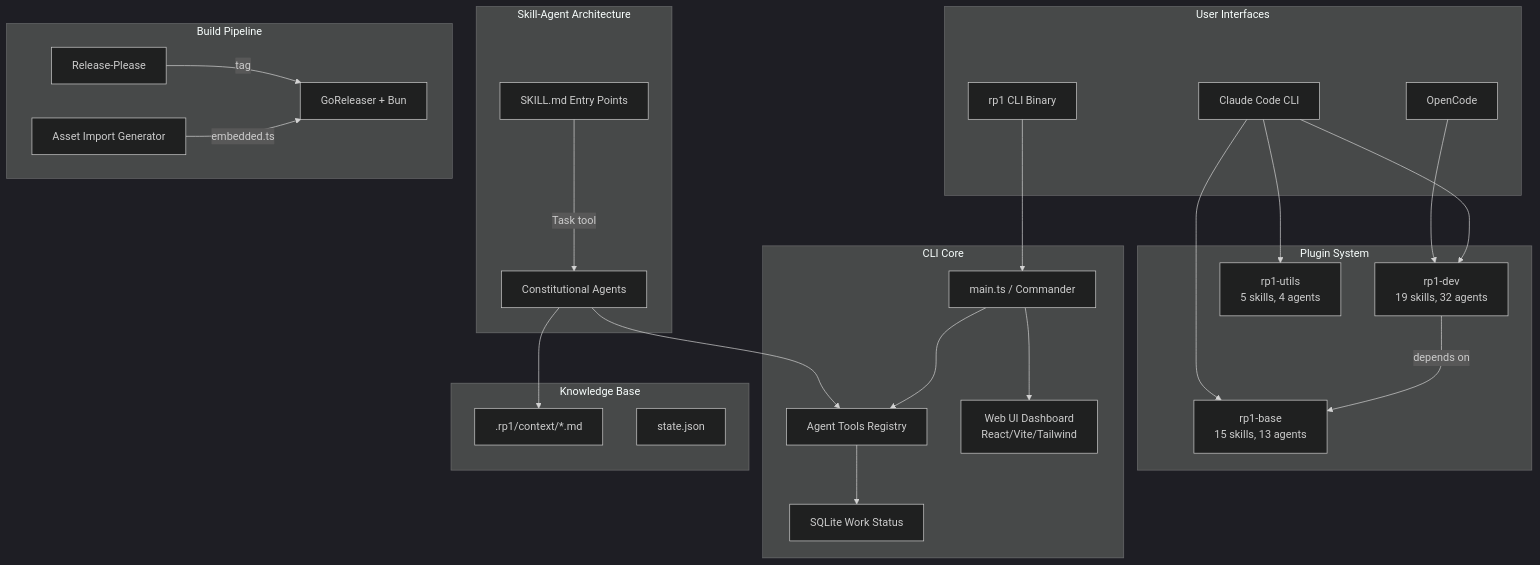
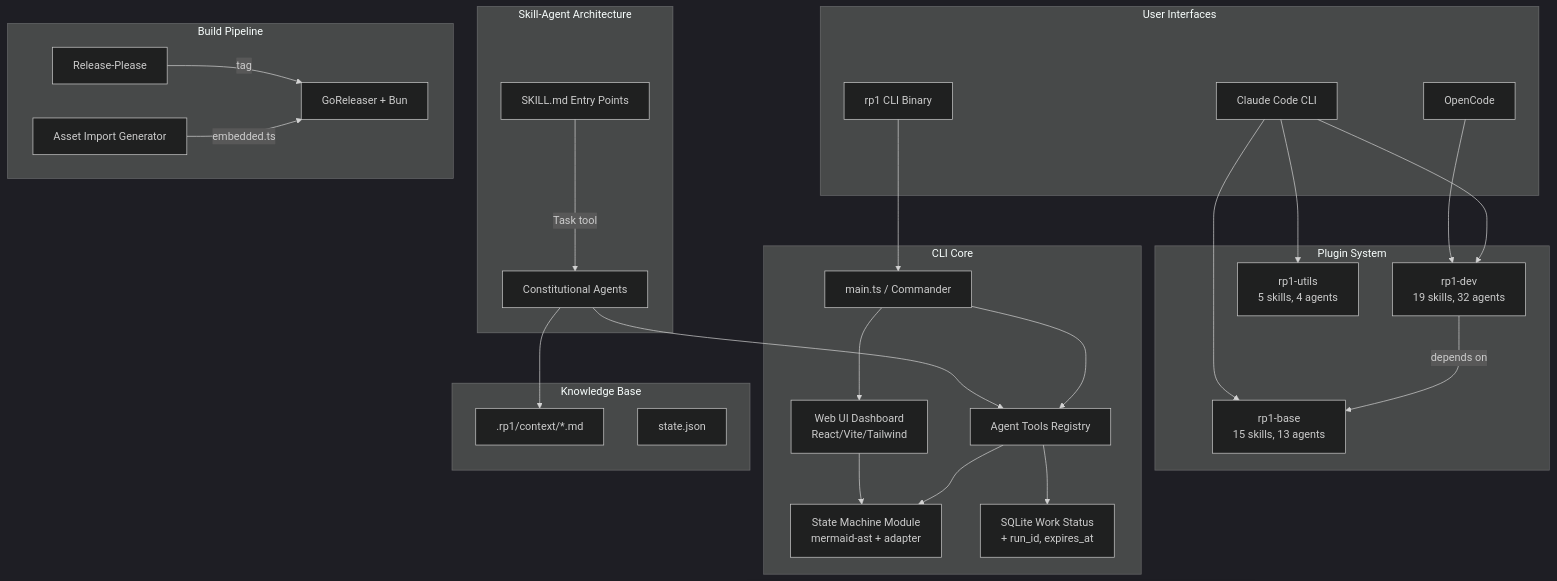
Before and after one commit to rp1-run/rp1: the diagram in .rp1/context/architecture.md, drawn with Mermaid (dark theme). The commit also changed other lines of this file and 6 other files, not shown here.

````diff
--- a/.rp1/context/architecture.md
+++ b/.rp1/context/architecture.md
@@ -9,52 +9,55 @@
 ```mermaid
 graph TB
     subgraph "User Interfaces"
         CC[Claude Code CLI]
         OC[OpenCode]
         CLI[rp1 CLI Binary]
     end
 
     subgraph "Plugin System"
         Base["rp1-base<br/>15 skills, 13 agents"]
         Dev["rp1-dev<br/>19 skills, 32 agents"]
         Utils["rp1-utils<br/>5 skills, 4 agents"]
         Dev -->|depends on| Base
     end
 
     subgraph "Skill-Agent Architecture"
         Skills[SKILL.md Entry Points]
         Agents[Constitutional Agents]
         Skills -->|Task tool| Agents
     end
 
     subgraph "CLI Core"
         Main[main.ts / Commander]
         AgentTools[Agent Tools Registry]
+        SM["State Machine Module<br/>mermaid-ast + adapter"]
         WebUI["Web UI Dashboard<br/>React/Vite/Tailwind"]
-        SQLite[SQLite Work Status]
+        SQLite["SQLite Work Status<br/>+ run_id, expires_at"]
         Main --> AgentTools
         Main --> WebUI
         AgentTools --> SQLite
+        AgentTools --> SM
+        WebUI --> SM
     end
 
     subgraph "Knowledge Base"
         KB[".rp1/context/*.md"]
         State[state.json]
     end
 
     subgraph "Build Pipeline"
         RP[Release-Please]
         GR[GoReleaser + Bun]
         AssetGen[Asset Import Generator]
         RP -->|tag| GR
         AssetGen -->|embedded.ts| GR
     end
 
     CC --> Base
     CC --> Dev
     CC --> Utils
     OC --> Dev
     CLI --> Main
     Agents --> KB
     Agents --> AgentTools
 ```
````
